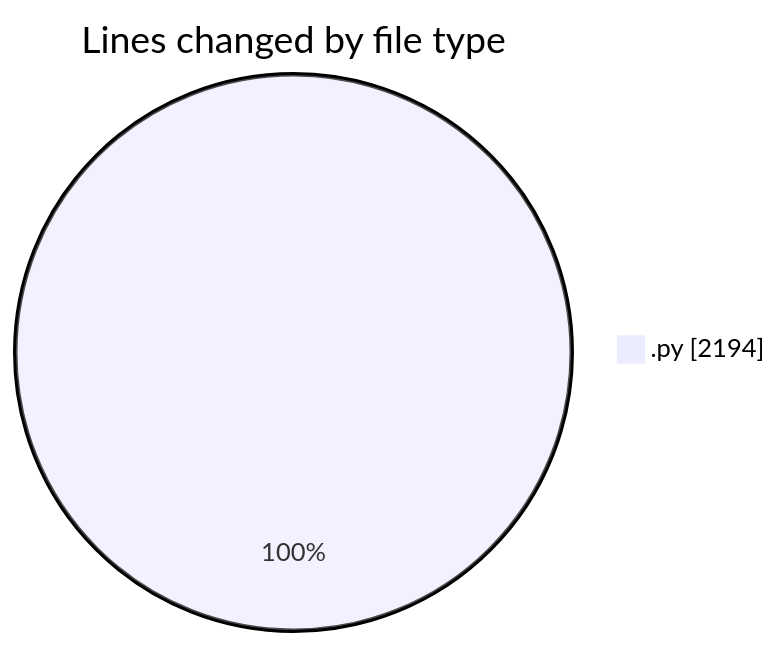
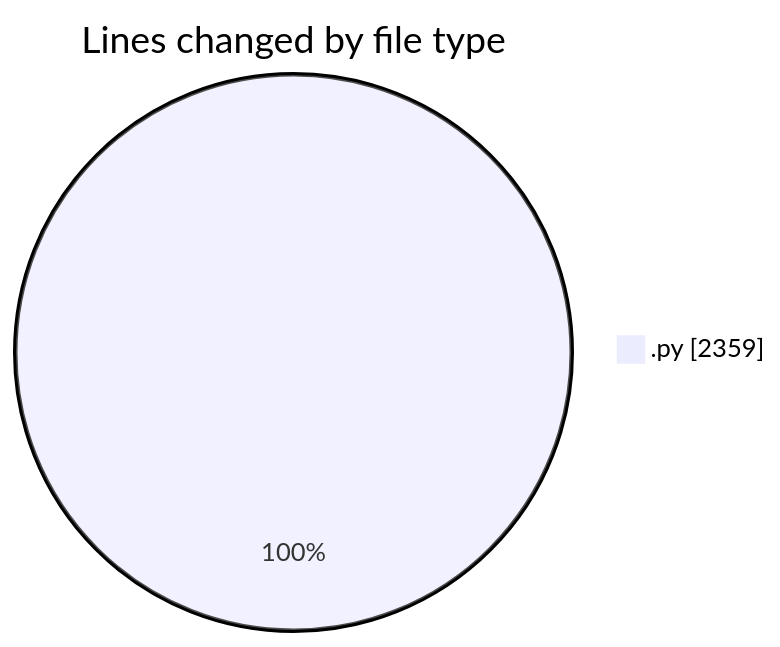
The first of 2 diagrams in 2025-03-01/myws__workspace_/README.md (MatusMokan/code-tracking), drawn with Mermaid before and after one commit. The commit also changed other lines of this file and 1 other file, not shown here.

````diff
--- a/2025-03-01/myws__workspace_/README.md
+++ b/2025-03-01/myws__workspace_/README.md
@@ -23,5 +24,5 @@
 ```mermaid
 pie showData
 title Lines changed by file type
-".py" : 2194
+".py" : 2359
 ```
````
